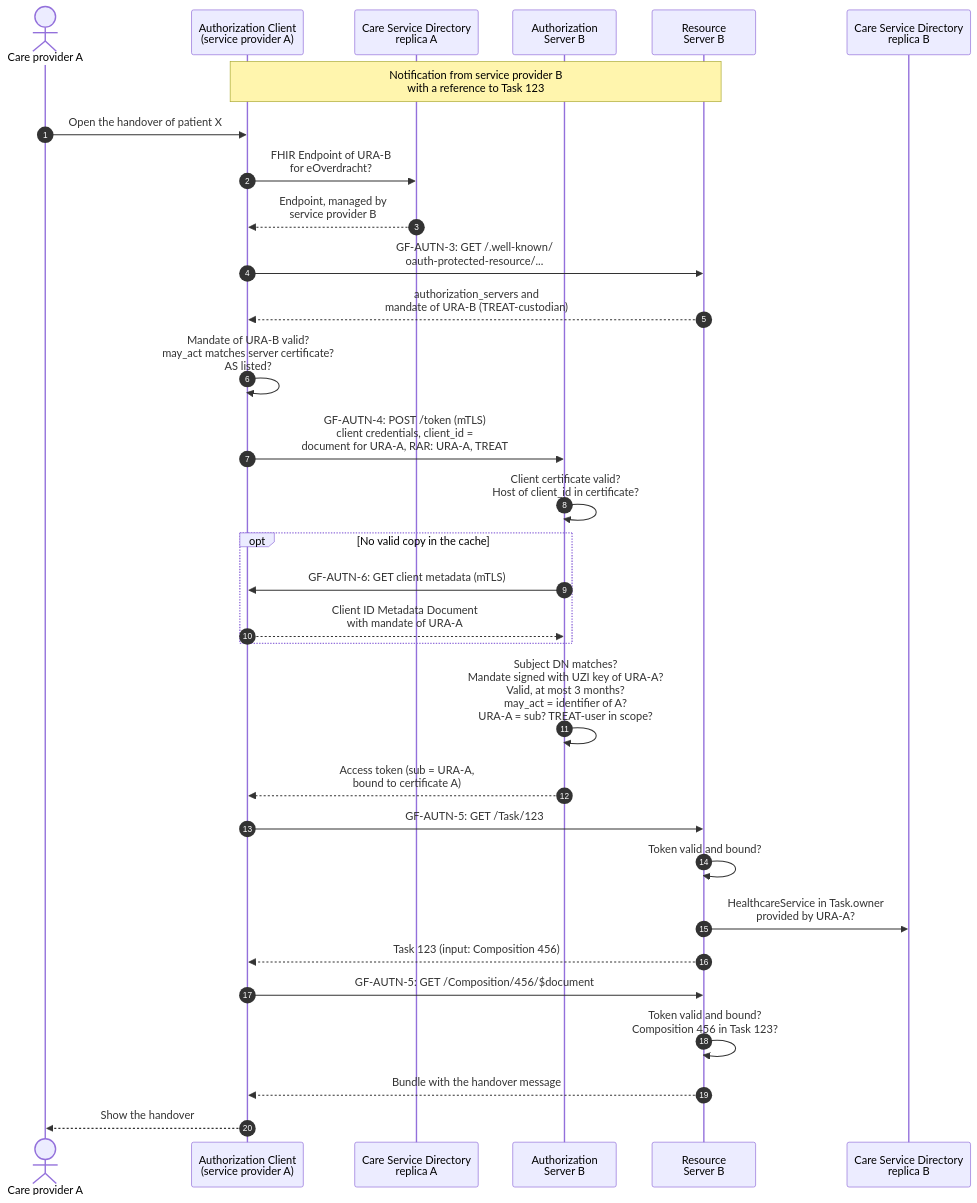
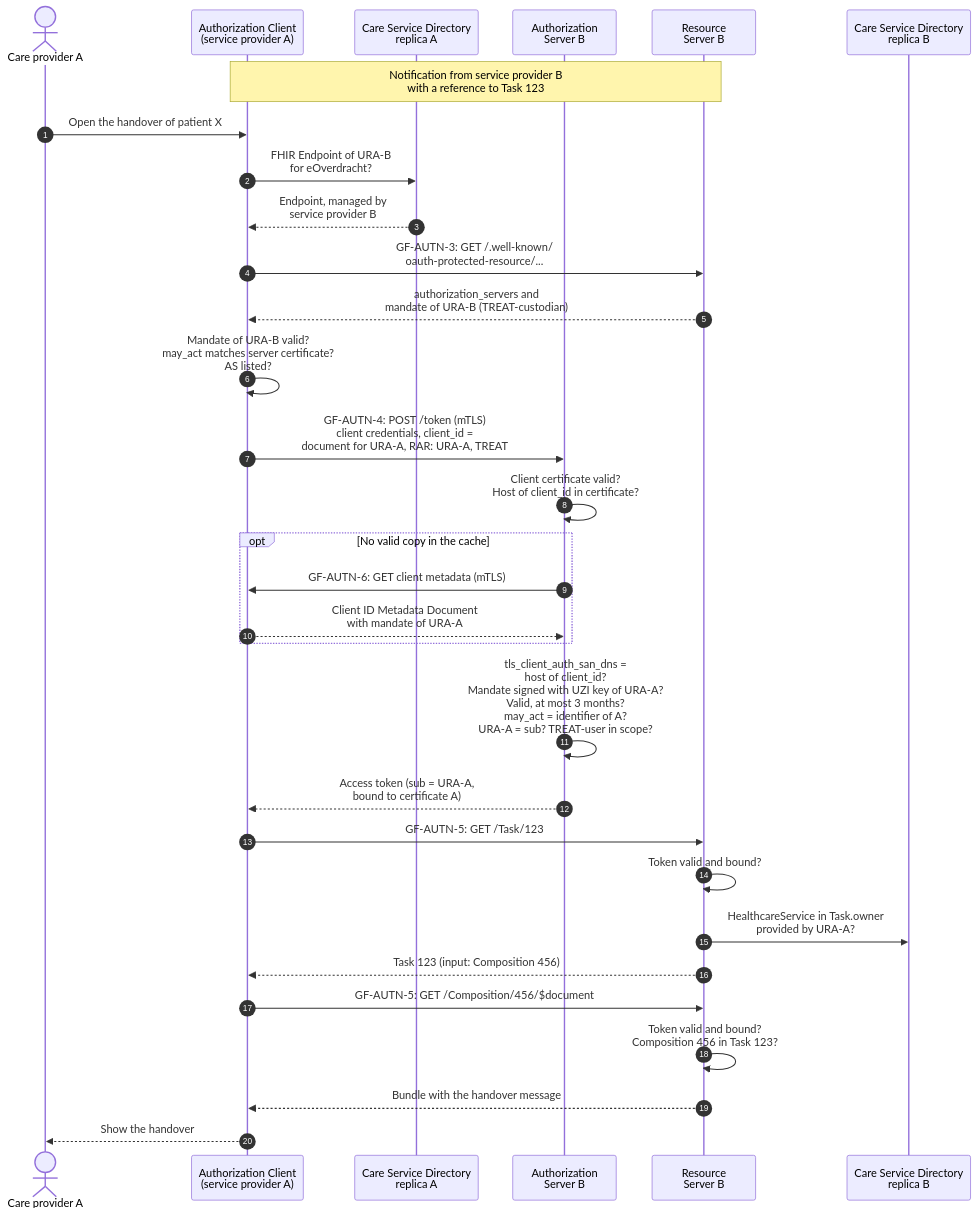
The third of 3 diagrams in input/pagecontent/authentication.md (minvws/generiekefuncties-docs), drawn with Mermaid before and after one commit. The commit also changed other lines of this file and 22 other files, not shown here.

````diff
--- a/input/pagecontent/authentication.md
+++ b/input/pagecontent/authentication.md
@@ -555,34 +506,34 @@
 ```mermaid
 sequenceDiagram
     autonumber
     actor CPA as Care provider A
     participant AC as Authorization Client<br/>(service provider A)
     participant CSDA as Care Service Directory<br/>replica A
     participant AS as Authorization<br/>Server B
     participant RS as Resource<br/>Server B
     participant CSDB as Care Service Directory<br/>replica B
 
     Note over AC,RS: Notification from service provider B<br/>with a reference to Task 123
     CPA->>AC: Open the handover of patient X
     AC->>CSDA: FHIR Endpoint of URA-B<br/>for eOverdracht?
     CSDA-->>AC: Endpoint, managed by<br/>service provider B
     AC->>RS: GF-AUTN-3: GET /.well-known/<br/>oauth-protected-resource/...
     RS-->>AC: authorization_servers and<br/>mandate of URA-B (TREAT-custodian)
     AC->>AC: Mandate of URA-B valid?<br/>may_act matches server certificate?<br/>AS listed?
     AC->>AS: GF-AUTN-4: POST /token (mTLS)<br/>client credentials, client_id =<br/>document for URA-A, RAR: URA-A, TREAT
     AS->>AS: Client certificate valid?<br/>Host of client_id in certificate?
     opt No valid copy in the cache
         AS->>AC: GF-AUTN-6: GET client metadata (mTLS)
         AC-->>AS: Client ID Metadata Document<br/>with mandate of URA-A
     end
-    AS->>AS: Subject DN matches?<br/>Mandate signed with UZI key of URA-A?<br/>Valid, at most 3 months?<br/>may_act = identifier of A?<br/>URA-A = sub? TREAT-user in scope?
+    AS->>AS: tls_client_auth_san_dns =<br/>host of client_id?<br/>Mandate signed with UZI key of URA-A?<br/>Valid, at most 3 months?<br/>may_act = identifier of A?<br/>URA-A = sub? TREAT-user in scope?
     AS-->>AC: Access token (sub = URA-A,<br/>bound to certificate A)
     AC->>RS: GF-AUTN-5: GET /Task/123
     RS->>RS: Token valid and bound?
     RS->>CSDB: HealthcareService in Task.owner<br/>provided by URA-A?
     RS-->>AC: Task 123 (input: Composition 456)
     AC->>RS: GF-AUTN-5: GET /Composition/456/$document
     RS->>RS: Token valid and bound?<br/>Composition 456 in Task 123?
     RS-->>AC: Bundle with the handover message
     AC-->>CPA: Show the handover
 ```
````
